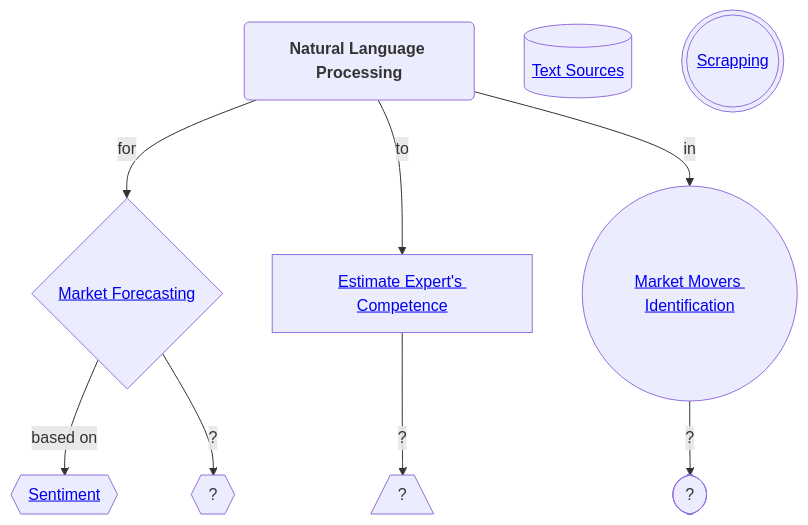
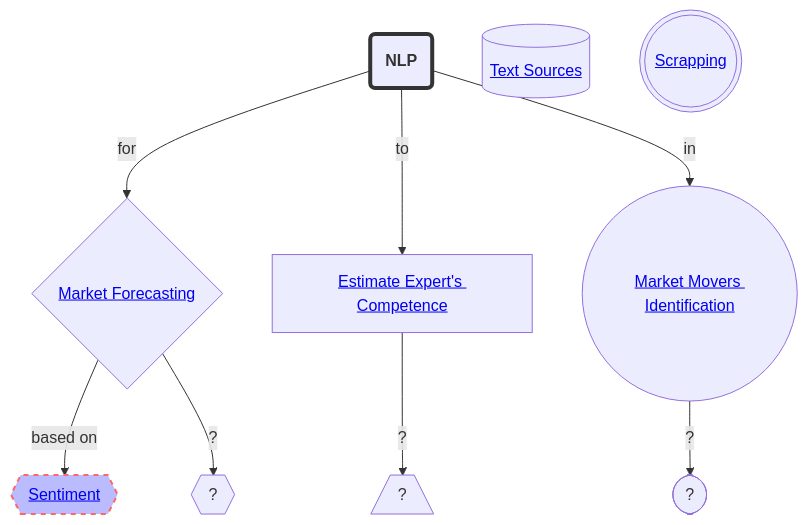
The diagram in README.md (completelyboofyblitzed/STOCK-MARKET-NLP), drawn with Mermaid before and after one commit. The commit also changed other lines of this file, not shown here.

````diff
--- a/README.md
+++ b/README.md
@@ -3,15 +4,18 @@
 ```mermaid
+%%{init: { "sequence": { "securityLevel":"loose" }}}%%
 graph TD
     %% styling the nodes and arrors https://dompl.medium.com/produce-great-looking-flowcharts-in-seconds-7f3bea64f2e2
     %% mermaid editor https://mermaid.live
-    A(<b>Natural Language Processing</b>) -->|for| C{<a href='https://github.com/completelyboofyblitzed/NLP-in-STOCK-MARKET/blob/main/README.md#market-forecasting'>Market Forecasting</a>} 
+    A(<b>NLP</b>) -->|for| C{<a href='https://github.com/completelyboofyblitzed/NLP-in-STOCK-MARKET/blob/main/README.md#market-forecasting'>Market Forecasting</a>} 
+    style A stroke:#333,stroke-width:4px
     J[(<a href='https://github.com/completelyboofyblitzed/NLP-in-STOCK-MARKET/blob/main/README.md#text-sources'>Text Sources</a>)]
     H(((<a href='https://github.com/completelyboofyblitzed/NLP-in-STOCK-MARKET/blob/main/README.md#scrapping'>Scrapping</a>)))
     A -->|to| E[<a href='https://github.com/completelyboofyblitzed/NLP-in-STOCK-MARKET/blob/main/README.md#experts-competence-estimation'>Estimate Expert's Competence</a>]
     A -->|in| M((<a href='https://github.com/completelyboofyblitzed/NLP-in-STOCK-MARKET/blob/main/README.md#market-movers-identification'>Market Movers Identification</a>))
     C -->|based on| D{{<a href='https://github.com/completelyboofyblitzed/NLP-in-STOCK-MARKET/blob/main/README.md#sentiment-based'>Sentiment</a>}}
     C -->|?| B{{?}}
+    style D fill:#bbf,stroke:#f66,stroke-width:2px,color:#fff,stroke-dasharray: 5 5
+    click B href "[https://www.github.com](https://github.com/completelyboofyblitzed/NLP-in-STOCK-MARKET/blob/main/README.md#sentiment-based)" "This is a tooltip for a link"
     E -->|?| F[/?\]
     M -->|?| Q([?])
-    click B href "https://github.com/completelyboofyblitzed/NLP-in-STOCK-MARKET/blob/main/README.md#sentiment-based" "This is a tooltip for a link"
 ```
````
